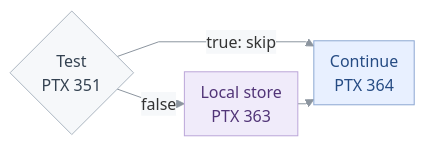
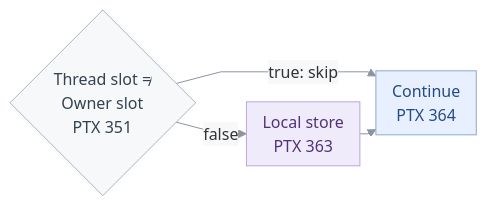
The first of 2 diagrams in docs/report-skill/moe/report.md (gpu-verifier/sentryward), drawn with Mermaid before and after one commit. The commit also changed other lines of this file and 29 other files, not shown here.

````diff
--- a/docs/report-skill/moe/report.md
+++ b/docs/report-skill/moe/report.md
@@ -81,29 +93,29 @@
 ```mermaid
 ---
 config:
   theme: base
   flowchart:
     curve: linear
     nodeSpacing: 16
     rankSpacing: 16
     padding: 8
   themeVariables:
     lineColor: "#8c959f"
     edgeLabelBackground: "#f6f8fa"
     fontFamily: Arial
     fontSize: 16px
 ---
 flowchart LR
-  G{"Test<br/>PTX 351"}
+  G{"Thread slot ≠<br/>Owner slot<br/>PTX 351"}
   E["Local store<br/>PTX 363"]
   J["Continue<br/>PTX 364"]
   G -->|"false"| E
   G -->|"true: skip"| J
   E --> J
   class G context
   class E focus
   class J operation
 classDef focus fill:#f0ebfa,stroke:#bba6d9,color:#513477
 classDef context fill:#f6f8fa,stroke:#abb5c0,color:#344251
 classDef operation fill:#e8f0ff,stroke:#8ca7d2,color:#254b83
 ```
````
